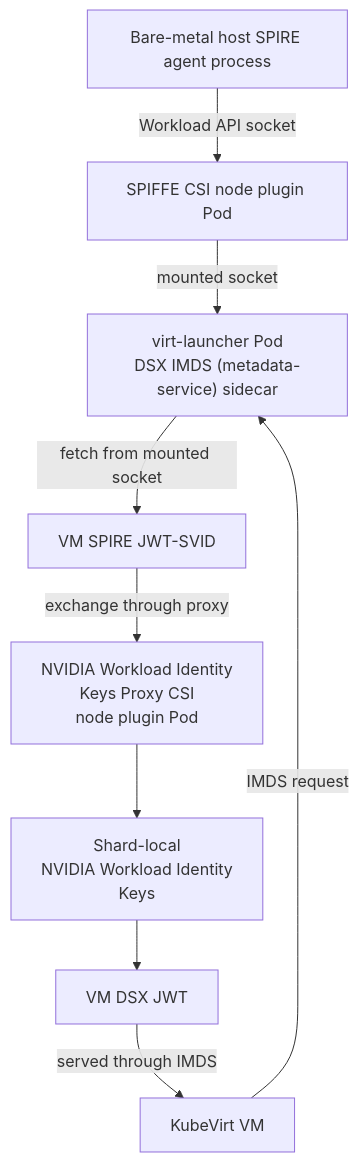
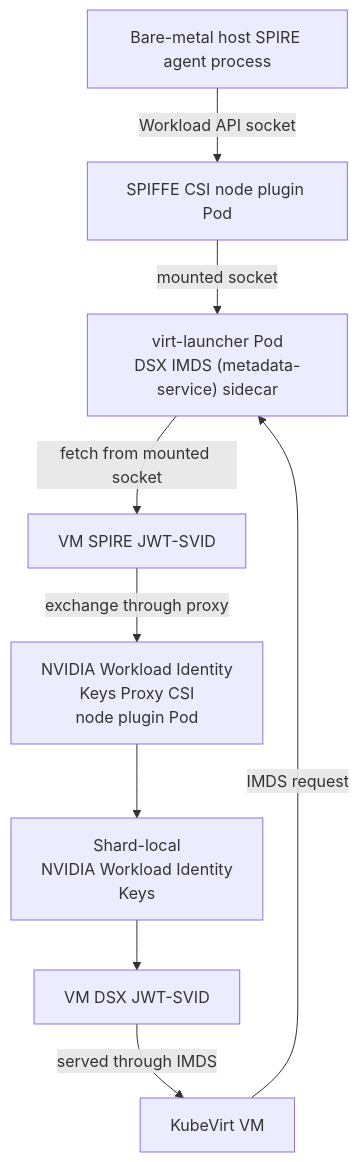
Before and after one commit to dsx-ai-factory/nvidia-workload-identity: the second of 3 diagrams in cmd/metadata-service/README.md, drawn with Mermaid. The commit also changed other lines of this file and 21 other files, not shown here.

````diff
--- a/cmd/metadata-service/README.md
+++ b/cmd/metadata-service/README.md
@@ -49,20 +49,20 @@
 ```mermaid
 flowchart TB
   HostAgent["Bare-metal host SPIRE agent process"]
   CSI["SPIFFE CSI node plugin Pod"]
   VMMetadata["virt-launcher Pod<br/>DSX IMDS (metadata-service) sidecar"]
   Proxy["NVIDIA Workload Identity<br/>Keys Proxy CSI<br/>node plugin Pod"]
   IdentityKeys["Shard-local<br/>NVIDIA Workload Identity<br/>Keys"]
   VMJWT["VM SPIRE JWT-SVID"]
-  DSXJWT["VM DSX JWT"]
+  DSXJWT["VM DSX JWT-SVID"]
   VM["KubeVirt VM"]
 
   HostAgent -->|"Workload API socket"| CSI
   CSI -->|"mounted socket"| VMMetadata
   VMMetadata -->|"fetch from mounted socket"| VMJWT
   VMJWT -->|"exchange through proxy"| Proxy
   Proxy --> IdentityKeys
   IdentityKeys --> DSXJWT
   VM -->|"IMDS request"| VMMetadata
   DSXJWT -->|"served through IMDS"| VM
 ```
````
